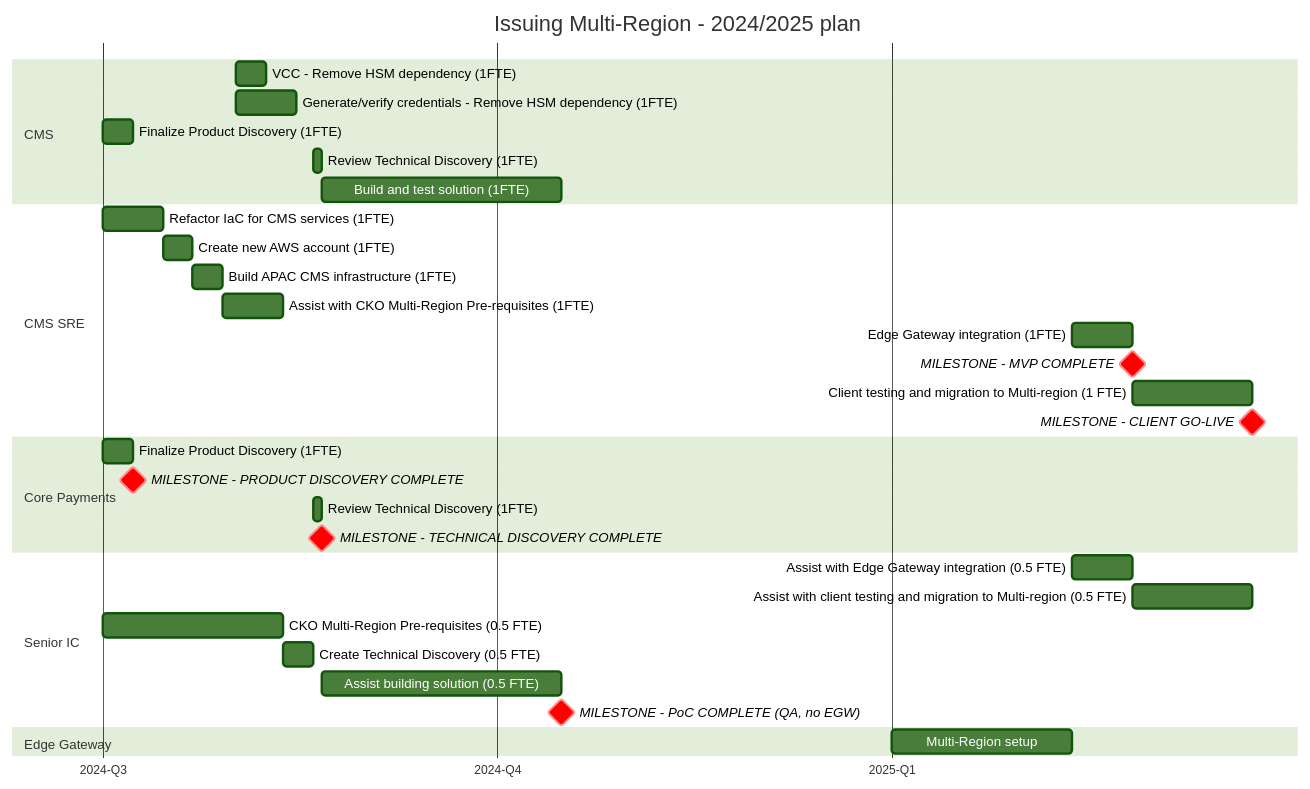
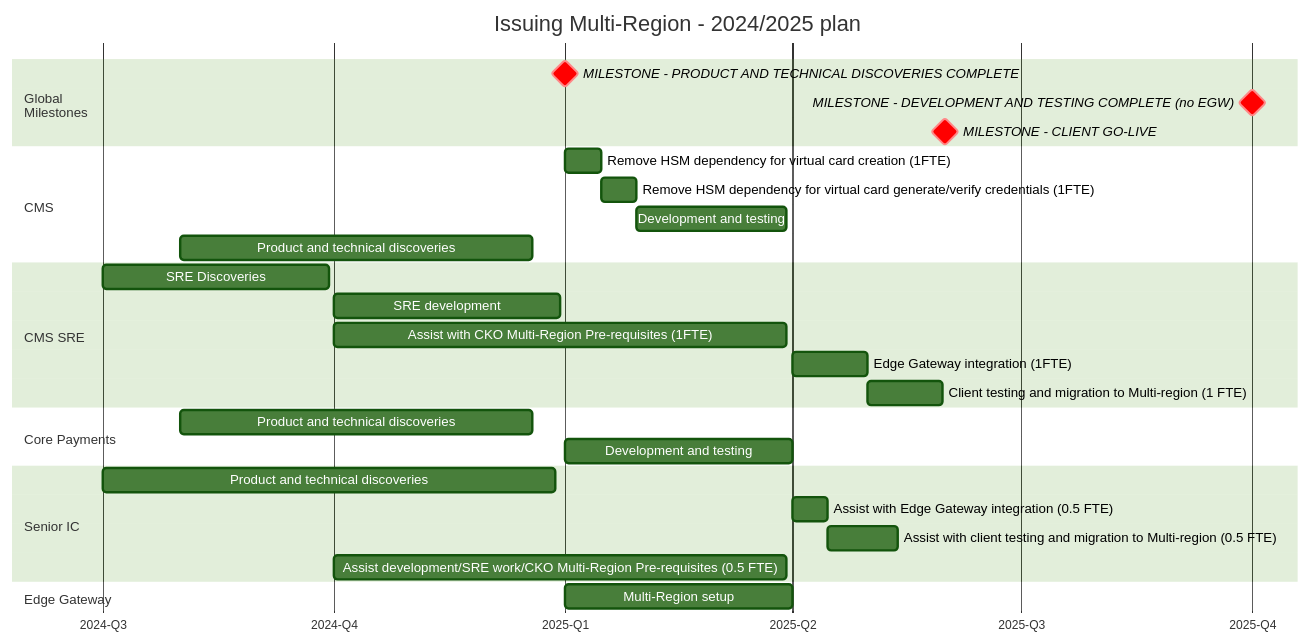
The diagram in emerging-products/issuing/multi-region/project-plan/project-plan.mmd (mark-gossa-cko/draft-docs), drawn with Mermaid (forest theme) before and after one commit.

Commit message:
Updates MR project plan

```diff
--- a/emerging-products/issuing/multi-region/project-plan/project-plan.mmd
+++ b/emerging-products/issuing/multi-region/project-plan/project-plan.mmd
@@ -1,35 +1,31 @@
 gantt
     title Issuing Multi-Region - 2024/2025 plan
     dateFormat YYYY-Q
     axisFormat %Y-Q%q
     tickInterval 3month
     todayMarker off
+    section Global <br>Milestones
+        MILESTONE - PRODUCT AND TECHNICAL DISCOVERIES COMPLETE: crit, milestone, 2025-1, m1
+        MILESTONE - DEVELOPMENT AND TESTING COMPLETE (no EGW): crit, milestone, 2025-4, m2
+        MILESTONE - CLIENT GO-LIVE: crit, milestone, 2025-6, m3
     section CMS
-        VCC - Remove HSM dependency (1FTE):2024-8, 7d
-        Generate/verify credentials - Remove HSM dependency (1FTE):2024-8, 14d
-        Finalize Product Discovery (1FTE): 2024-7, 7d
-        Review Technical Discovery (1FTE): cms1, after SeniorIc2, 2d
-        Build and test solution (1FTE): cms2, after cms1, 56d
+        Remove HSM dependency for virtual card creation (1FTE):cmsd1, 2025-1, 14d
+        Remove HSM dependency for virtual card generate/verify credentials (1FTE):cmsd2, after cmsd1, 14d
+        Development and testing: after cmsd2, 60d
+        Product and technical discoveries: 2024-8, 140d
     section CMS SRE
-        Refactor IaC for CMS services (1FTE): CmsSre1, 2024-7, 14d
-        Create new AWS account (1FTE): CmsSre2, after CmsSre1, 7d
-        Build APAC CMS infrastructure (1FTE): after CmsSre2, 7d
-        Assist with CKO Multi-Region Pre-requisites (1FTE): 14d
-        Edge Gateway integration (1FTE): after egw1, 14d
-        MILESTONE - MVP COMPLETE: crit, milestone, m1
-        Client testing and migration to Multi-region (1 FTE): 28d
-        MILESTONE - CLIENT GO-LIVE: crit, milestone, m1
+        SRE Discoveries: 2024-07, 90d
+        SRE development: 2024-10, 90d
+        Assist with CKO Multi-Region Pre-requisites (1FTE): 2024-10, 180d
+        Edge Gateway integration (1FTE): after egw1, 30d
+        Client testing and migration to Multi-region (1 FTE): 30d
     section Core Payments
-        Finalize Product Discovery (1FTE): 2024-7, 7d
-        MILESTONE - PRODUCT DISCOVERY COMPLETE: crit, milestone, m1
-        Review Technical Discovery (1FTE): after SeniorIc2, 2d
-        MILESTONE - TECHNICAL DISCOVERY COMPLETE: crit, milestone, m1
+        Product and technical discoveries: 2024-8, 140d
+        Development and testing: after cmsd2, 2025-1, 90d
     section Senior IC
+        Product and technical discoveries: 2024-7, 180d
         Assist with Edge Gateway integration (0.5 FTE): after egw1, 14d
         Assist with client testing and migration to Multi-region (0.5 FTE): 28d
-        CKO Multi-Region Pre-requisites (0.5 FTE): SeniorIc1, 2024-7, 42d
-        Create Technical Discovery (0.5 FTE): SeniorIc2, after SeniorIc1, 7d
-        Assist building solution (0.5 FTE): after cms1, 56d
-        MILESTONE - PoC COMPLETE (QA, no EGW): crit, milestone, m1
+        Assist development/SRE work/CKO Multi-Region Pre-requisites (0.5 FTE): 2024-10, 180d
     section Edge Gateway
-        Multi-Region setup: egw1, 2025-1, 42d
+        Multi-Region setup: egw1, 2025-1, 90d
```
